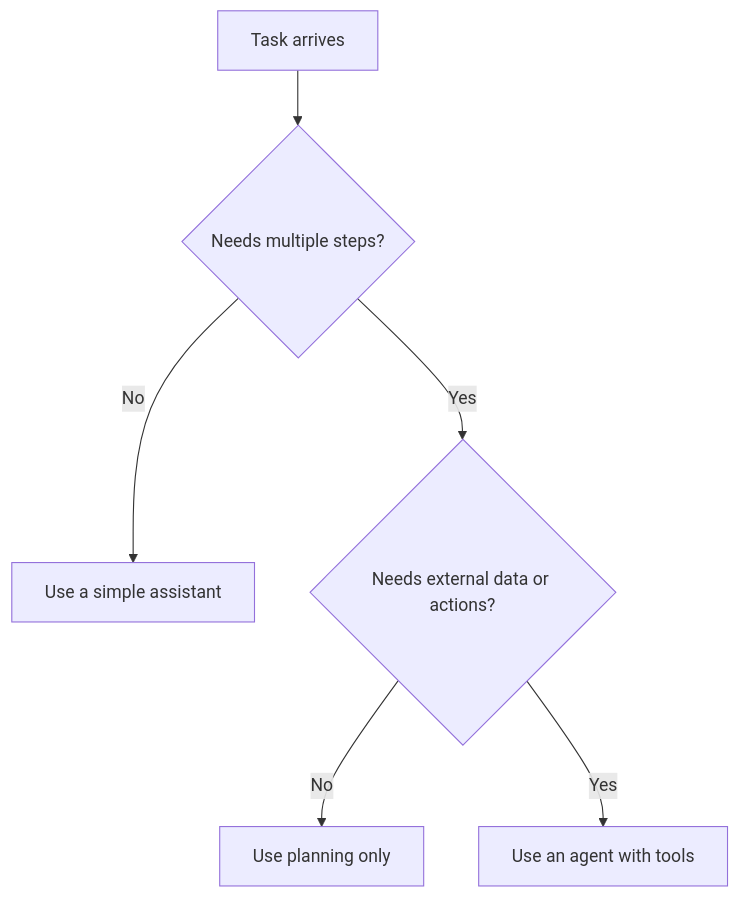
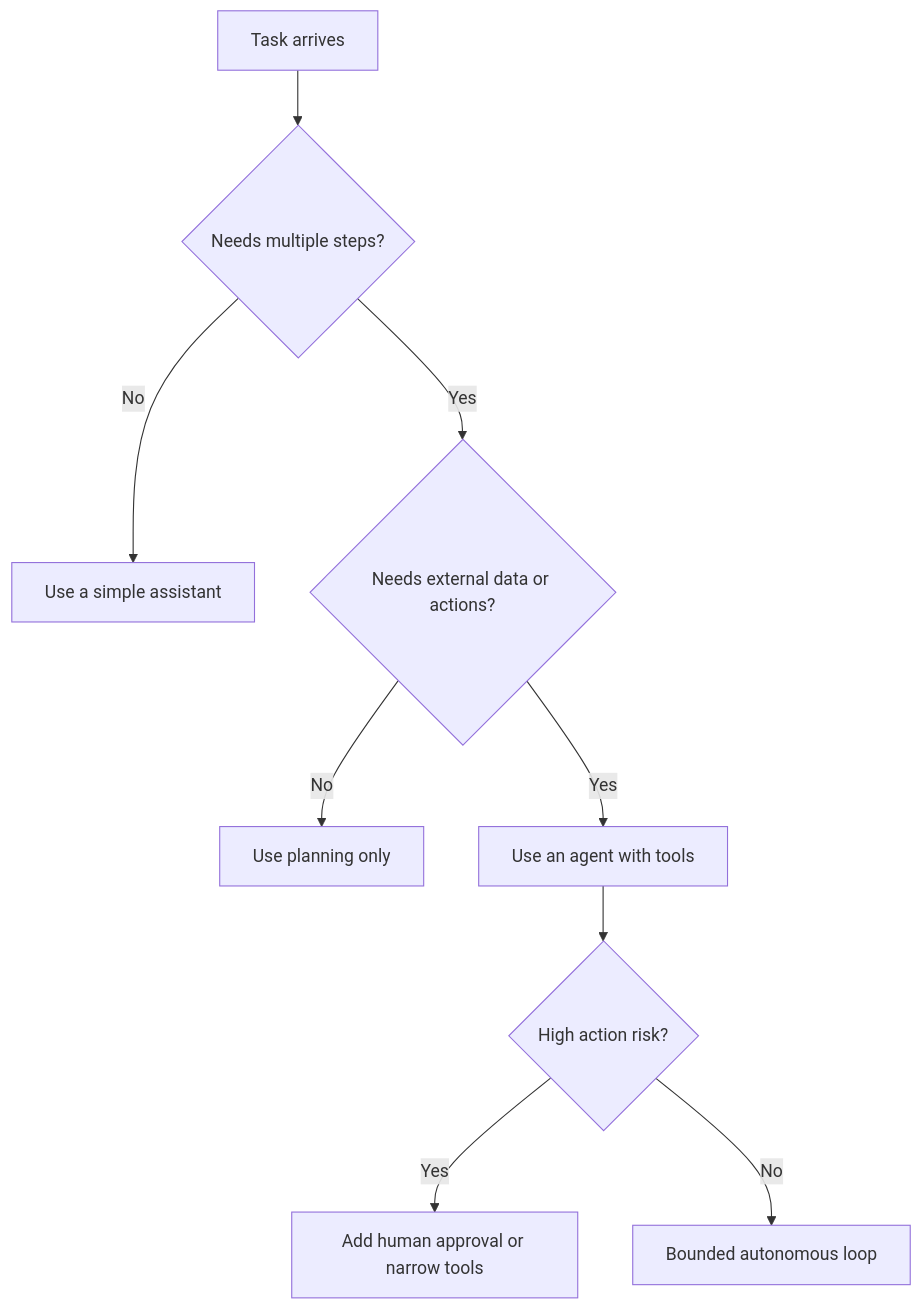
One commit to Asabeneh/30-Days-Of-AI-Engineering changed the seventh of 13 diagrams in day_22/day_22_what_are_ai_agents.md. Above: the diagram before and after it, drawn with Mermaid. The commit also changed other lines of this file and 49 other files, not shown here.

````diff
--- a/day_22/day_22_what_are_ai_agents.md
+++ b/day_22/day_22_what_are_ai_agents.md
@@ -266,8 +350,11 @@
 ```mermaid
 flowchart TD
-        A[Task arrives] --> B{Needs multiple steps?}
-        B -->|No| C[Use a simple assistant]
-        B -->|Yes| D{Needs external data or actions?}
-        D -->|No| E[Use planning only]
-        D -->|Yes| F[Use an agent with tools]
+    A[Task arrives] --> B{Needs multiple steps?}
+    B -->|No| C[Use a simple assistant]
+    B -->|Yes| D{Needs external data or actions?}
+    D -->|No| E[Use planning only]
+    D -->|Yes| F[Use an agent with tools]
+    F --> G{High action risk?}
+    G -->|Yes| H[Add human approval or narrow tools]
+    G -->|No| I[Bounded autonomous loop]
 ```
````
